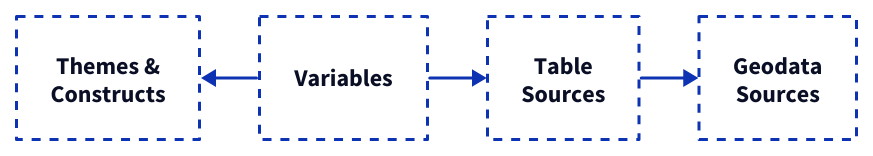
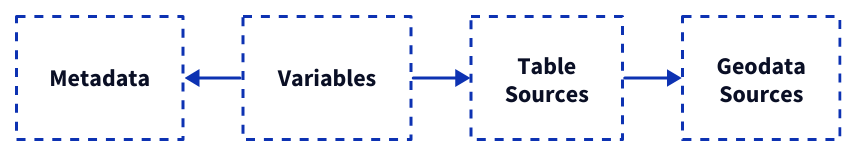
One commit to healthyregions/oeps changed the diagram in docs/src/img/registry-simple.d2. Above: the diagram before and after it, drawn with D2. The commit also changed 9 other files, not shown here.

```diff
--- a/docs/src/img/registry-simple.d2
+++ b/docs/src/img/registry-simple.d2
@@ -1,27 +1,27 @@
 # d2 ./registry-simple.d2 registry-simple.png --pad 25
 
 direction: right
 grid-columns: 4
 classes: {
     container: {
         style: {
             fill: transparent
             stroke-dash: 3
         }
     }
 }
 
-t: Themes &\nConstructs {
+t: Metadata {
     class: container
 }
 v: Variables {
     class: container
 }
 s: Table\nSources {
     class: container
 }
 g: Geodata\nSources {
     class: container
 }
 
 t <- v -> s -> g
```
